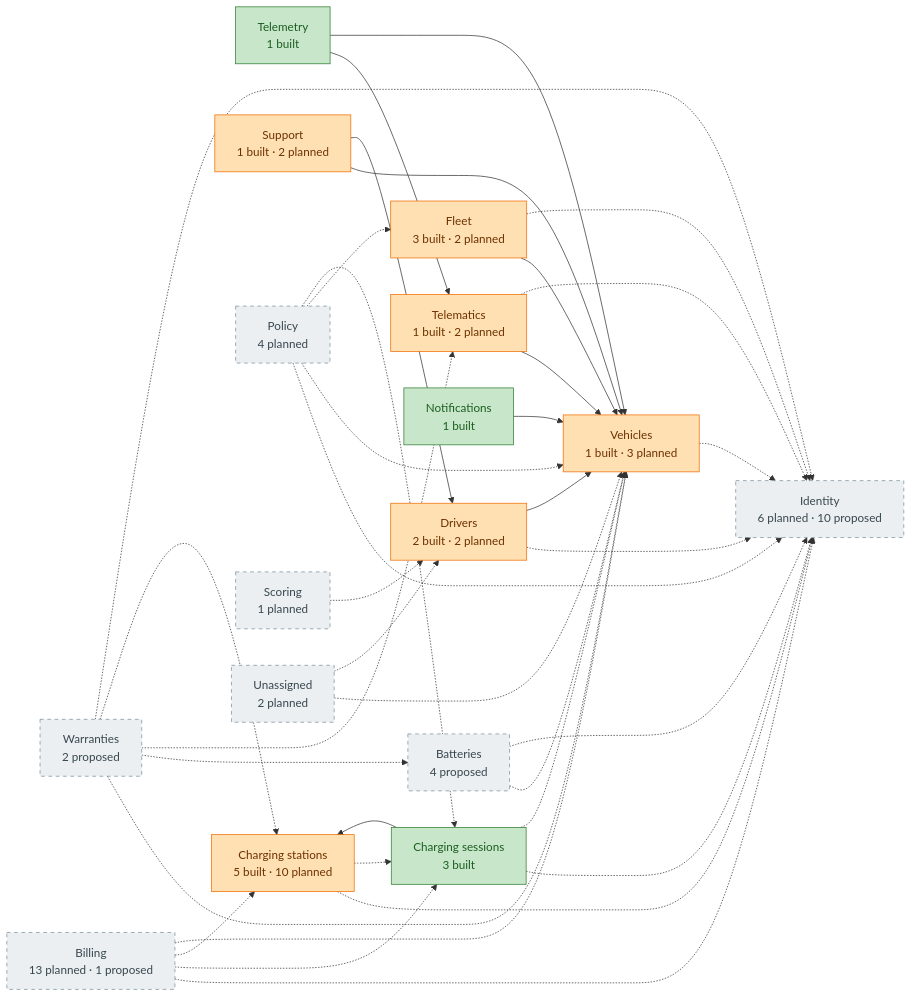
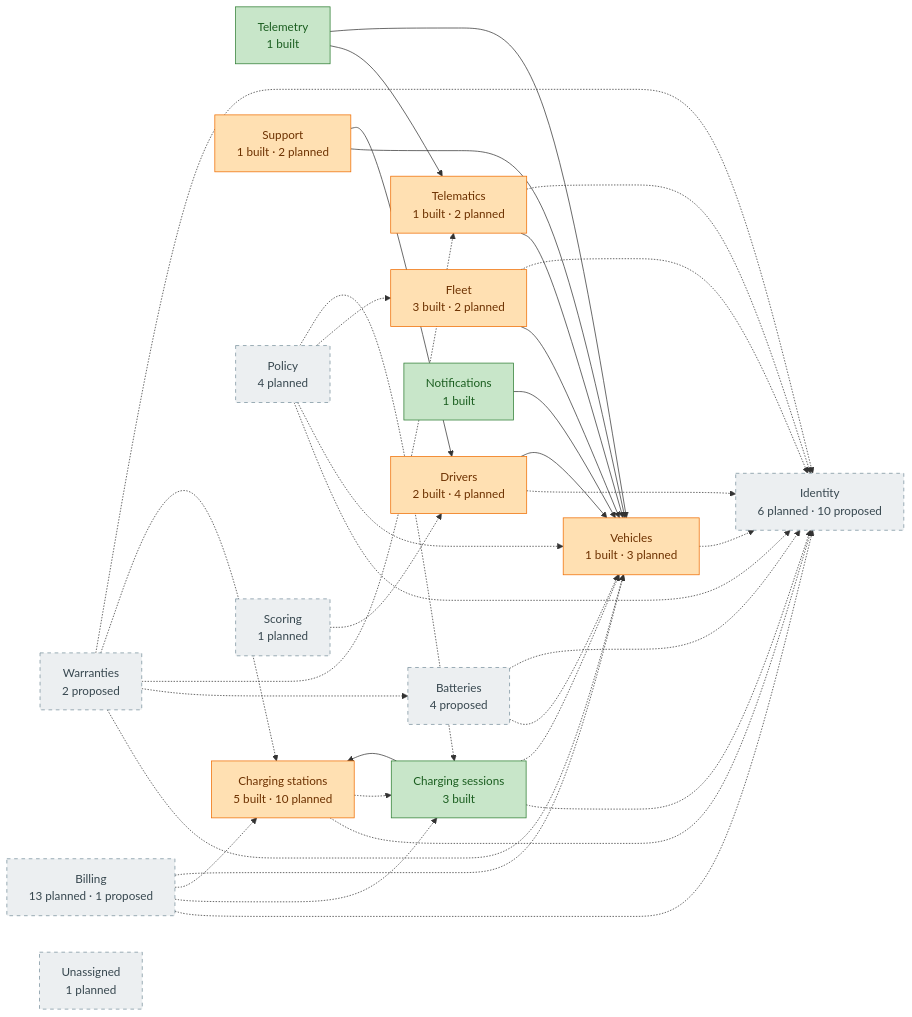
Before and after one commit to yolo-coccoc/G3Network-app: the diagram in docs/design/domain-model/overview.md, drawn with Mermaid. The commit also changed other lines of this file and 19 other files, not shown here.

````diff
--- a/docs/design/domain-model/overview.md
+++ b/docs/design/domain-model/overview.md
@@ -28,57 +28,55 @@
 ```mermaid
 flowchart LR
   identity["Identity<br/>6 planned · 10 proposed"]:::planned
   vehicles["Vehicles<br/>1 built · 3 planned"]:::partial
   batteries["Batteries<br/>4 proposed"]:::planned
   warranties["Warranties<br/>2 proposed"]:::planned
   telematics["Telematics<br/>1 built · 2 planned"]:::partial
   telemetry["Telemetry<br/>1 built"]:::built
-  drivers["Drivers<br/>2 built · 2 planned"]:::partial
+  drivers["Drivers<br/>2 built · 4 planned"]:::partial
   fleet["Fleet<br/>3 built · 2 planned"]:::partial
   charging_stations["Charging stations<br/>5 built · 10 planned"]:::partial
   charging_sessions["Charging sessions<br/>3 built"]:::built
   notifications["Notifications<br/>1 built"]:::built
   support["Support<br/>1 built · 2 planned"]:::partial
   policy["Policy<br/>4 planned"]:::planned
   billing["Billing<br/>13 planned · 1 proposed"]:::planned
   scoring["Scoring<br/>1 planned"]:::planned
-  unassigned["Unassigned<br/>2 planned"]:::planned
+  unassigned["Unassigned<br/>1 planned"]:::planned
   batteries -.-> vehicles
   warranties -.-> vehicles
   warranties -.-> batteries
   warranties -.-> telematics
   warranties -.-> charging_stations
   telematics --> vehicles
   telemetry --> telematics
   telemetry --> vehicles
   drivers -.-> identity
   drivers --> vehicles
   fleet --> vehicles
   fleet -.-> identity
   charging_stations -.-> identity
   charging_stations -.-> charging_sessions
   charging_sessions --> charging_stations
   charging_sessions -.-> identity
   charging_sessions -.-> vehicles
   notifications --> vehicles
   support --> vehicles
   support --> drivers
   policy -.-> identity
   policy -.-> vehicles
   policy -.-> fleet
   policy -.-> charging_sessions
   billing -.-> identity
   billing -.-> charging_sessions
   billing -.-> charging_stations
   billing -.-> vehicles
   scoring -.-> drivers
-  unassigned -.-> vehicles
-  unassigned -.-> drivers
   vehicles -.-> identity
   batteries -.-> identity
   warranties -.-> identity
   telematics -.-> identity
   classDef built fill:#C8E6C9,stroke:#2E7D32,color:#1B5E20
   classDef partial fill:#FFE0B2,stroke:#EF6C00,color:#6D3100
   classDef planned fill:#ECEFF1,stroke:#78909C,color:#37474F,stroke-dasharray:5 5
 ```
````
